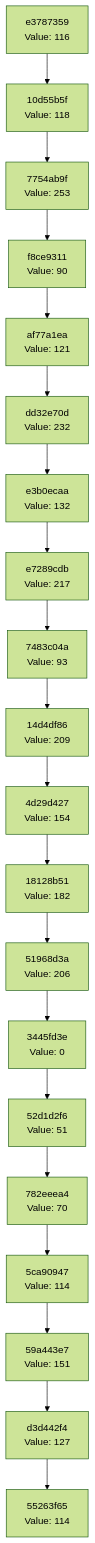
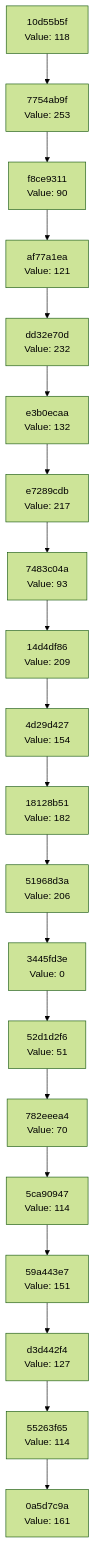
One commit to Abhisheksinha1506/hash-chain-evolver changed the diagram in docs/CHAIN_VISUALIZATION.md. Above: the diagram before and after it, drawn with Mermaid (forest theme). The commit also changed 3 other files, not shown here.

````diff
--- a/docs/CHAIN_VISUALIZATION.md
+++ b/docs/CHAIN_VISUALIZATION.md
@@ -3,42 +3,42 @@
 ```mermaid
 graph TD
-    C0["55263f65<br/>Value: 114"]
-    C1["d3d442f4<br/>Value: 127"]
+    C0["0a5d7c9a<br/>Value: 161"]
+    C1["55263f65<br/>Value: 114"]
     C1 --> C0
-    C2["59a443e7<br/>Value: 151"]
+    C2["d3d442f4<br/>Value: 127"]
     C2 --> C1
-    C3["5ca90947<br/>Value: 114"]
+    C3["59a443e7<br/>Value: 151"]
     C3 --> C2
-    C4["782eeea4<br/>Value: 70"]
+    C4["5ca90947<br/>Value: 114"]
     C4 --> C3
-    C5["52d1d2f6<br/>Value: 51"]
+    C5["782eeea4<br/>Value: 70"]
     C5 --> C4
-    C6["3445fd3e<br/>Value: 0"]
+    C6["52d1d2f6<br/>Value: 51"]
     C6 --> C5
-    C7["51968d3a<br/>Value: 206"]
+    C7["3445fd3e<br/>Value: 0"]
     C7 --> C6
-    C8["18128b51<br/>Value: 182"]
+    C8["51968d3a<br/>Value: 206"]
     C8 --> C7
-    C9["4d29d427<br/>Value: 154"]
+    C9["18128b51<br/>Value: 182"]
     C9 --> C8
-    C10["14d4df86<br/>Value: 209"]
+    C10["4d29d427<br/>Value: 154"]
     C10 --> C9
-    C11["7483c04a<br/>Value: 93"]
+    C11["14d4df86<br/>Value: 209"]
     C11 --> C10
-    C12["e7289cdb<br/>Value: 217"]
+    C12["7483c04a<br/>Value: 93"]
     C12 --> C11
-    C13["e3b0ecaa<br/>Value: 132"]
+    C13["e7289cdb<br/>Value: 217"]
     C13 --> C12
-    C14["dd32e70d<br/>Value: 232"]
+    C14["e3b0ecaa<br/>Value: 132"]
     C14 --> C13
-    C15["af77a1ea<br/>Value: 121"]
+    C15["dd32e70d<br/>Value: 232"]
     C15 --> C14
-    C16["f8ce9311<br/>Value: 90"]
+    C16["af77a1ea<br/>Value: 121"]
     C16 --> C15
-    C17["7754ab9f<br/>Value: 253"]
+    C17["f8ce9311<br/>Value: 90"]
     C17 --> C16
-    C18["10d55b5f<br/>Value: 118"]
+    C18["7754ab9f<br/>Value: 253"]
     C18 --> C17
-    C19["e3787359<br/>Value: 116"]
+    C19["10d55b5f<br/>Value: 118"]
     C19 --> C18
 ```
````
